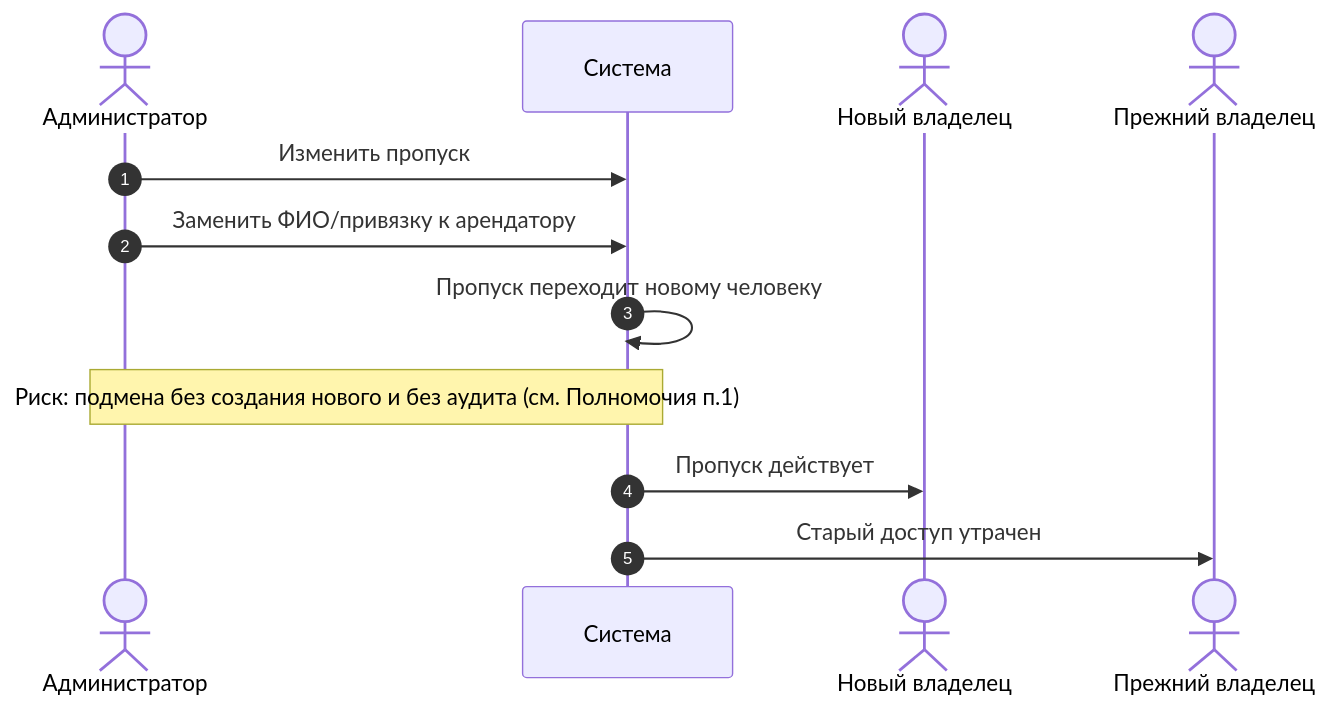
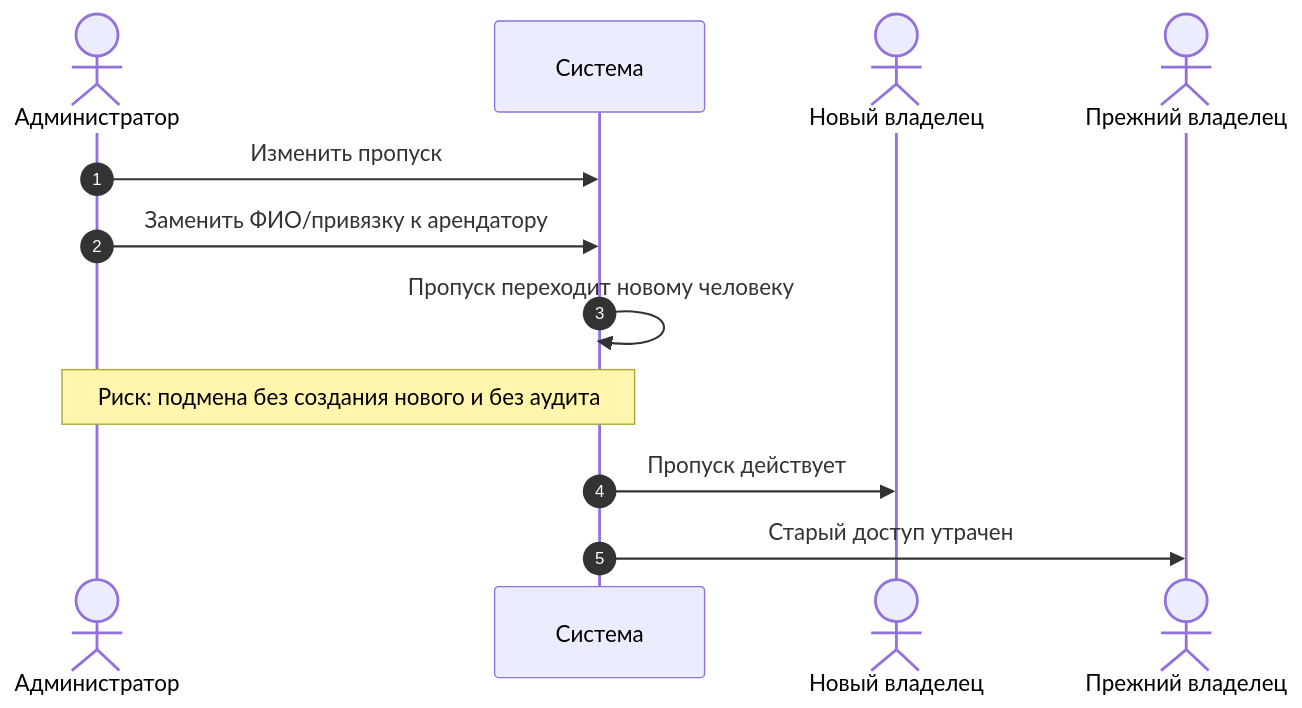
The eighth of 9 diagrams in Диаграммы_последовательности.md (lokiertyert/hz), drawn with Mermaid before and after one commit. The commit also changed other lines of this file, not shown here.

Commit message:
Убраны ссылки на номера полномочий из пояснений на диаграммах

````diff
--- a/Диаграммы_последовательности.md
+++ b/Диаграммы_последовательности.md
@@ -187,15 +187,15 @@
 ```mermaid
 sequenceDiagram
     autonumber
     actor AD as Администратор
     participant S as Система
     actor N as Новый владелец
     actor O as Прежний владелец
 
     AD->>S: Изменить пропуск
     AD->>S: Заменить ФИО/привязку к арендатору
     S->>S: Пропуск переходит новому человеку
-    Note over AD,S: Риск: подмена без создания нового и без аудита (см. Полномочия п.1)
+    Note over AD,S: Риск: подмена без создания нового и без аудита
     S->>N: Пропуск действует
     S->>O: Старый доступ утрачен
 ```
````
